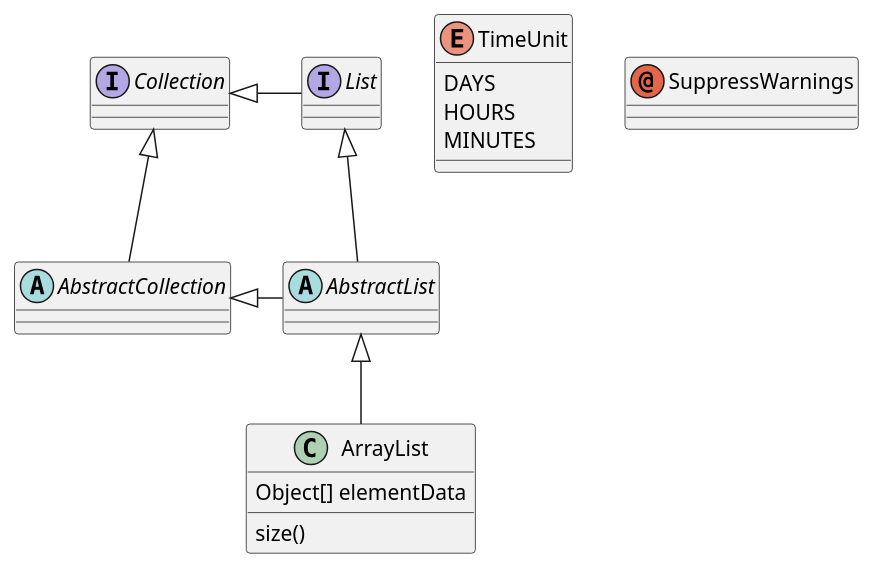
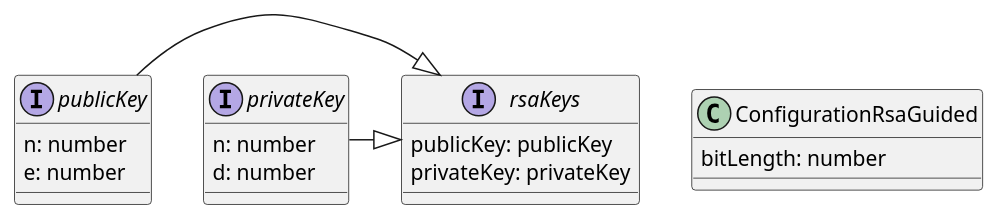
Before and after one commit to a-schulz/ALADIN_Cryptography: the diagram in docs/class.puml, drawn with PlantUML. The commit also changed 8 other files, not shown here.

```diff
--- a/docs/class.puml
+++ b/docs/class.puml
@@ -1,28 +1,26 @@
 @startuml "class diagram rsa"
 
-abstract class AbstractList
-abstract AbstractCollection
-interface List
-interface Collection
-
-List <|-- AbstractList
-Collection <|-- AbstractCollection
-
-Collection <|- List
-AbstractCollection <|- AbstractList
-AbstractList <|-- ArrayList
-
-class ArrayList {
-  Object[] elementData
-  size()
+class ConfigurationRsaGuided{
+    bitLength: number
 }
 
-enum TimeUnit {
-  DAYS
-  HOURS
-  MINUTES
+
+
+interface rsaKeys {
+publicKey: publicKey
+privateKey: privateKey
 }
 
-annotation SuppressWarnings
+interface publicKey{
+n: number
+e: number
+}
 
+interface privateKey{
+n: number
+d: number
+}
+
+publicKey -|> rsaKeys
+privateKey -|> rsaKeys
 @enduml
```
